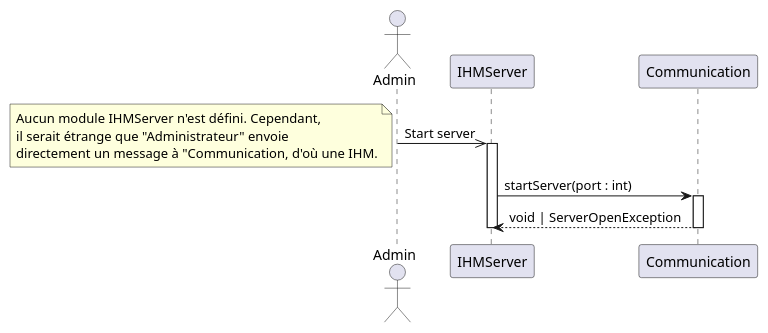
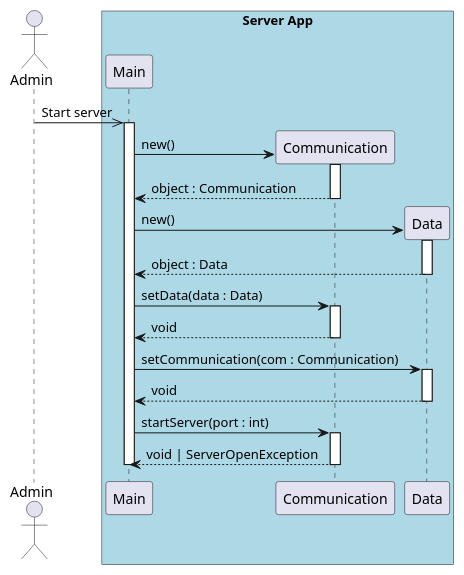
The diagram in sequence/5.1_start_server.puml (UTCAI12/Diagrams), drawn with PlantUML before and after one commit.

Commit message:
Adding module initialization, box to make the diagram clearer and renaming IHMServer to Main to be more consise.

```diff
--- a/sequence/5.1_start_server.puml
+++ b/sequence/5.1_start_server.puml
@@ -1,16 +1,33 @@
 @startuml 5.1. Server is started (server side)
 
 actor Admin as admin
-participant IHMServer as ihm
-participant Communication as com
 
-admin ->> ihm : Start server
-note left : Aucun module IHMServer n'est défini. Cependant, \nil serait étrange que "Administrateur" envoie \ndirectement un message à "Communication, d'où une IHM.
-activate ihm
+box "Server App" #LightBlue
+    participant Main as main
+    participant Communication as com
+    participant Data as data
+end box
 
-ihm -> com++ : startServer(port : int)
+admin ->> main : Start server
+activate main
+
+create com
+main -> com++ : new()
+return object : Communication
+
+create data
+main -> data++ : new()
+return object : Data
+
+main -> com++ : setData(data : Data)
+return void
+
+main -> data++ : setCommunication(com : Communication)
+return void
+
+main -> com++ : startServer(port : int)
 return void | ServerOpenException
 
-deactivate ihm
+deactivate main
 
 @enduml
```
